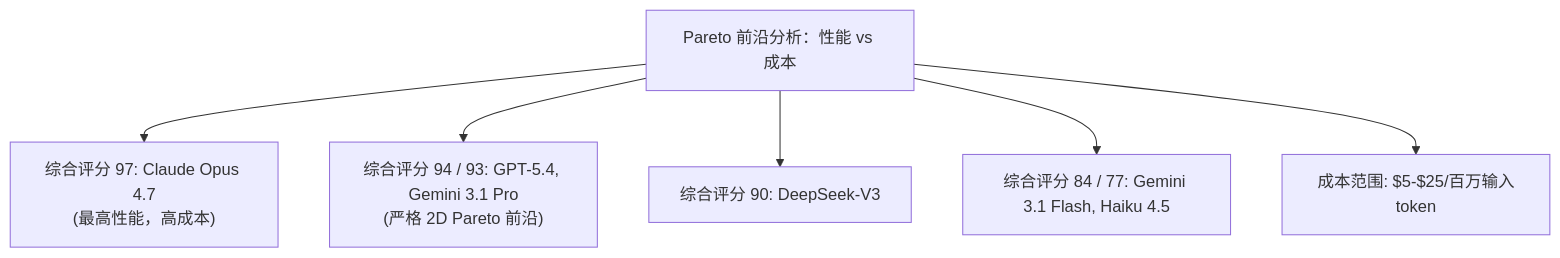
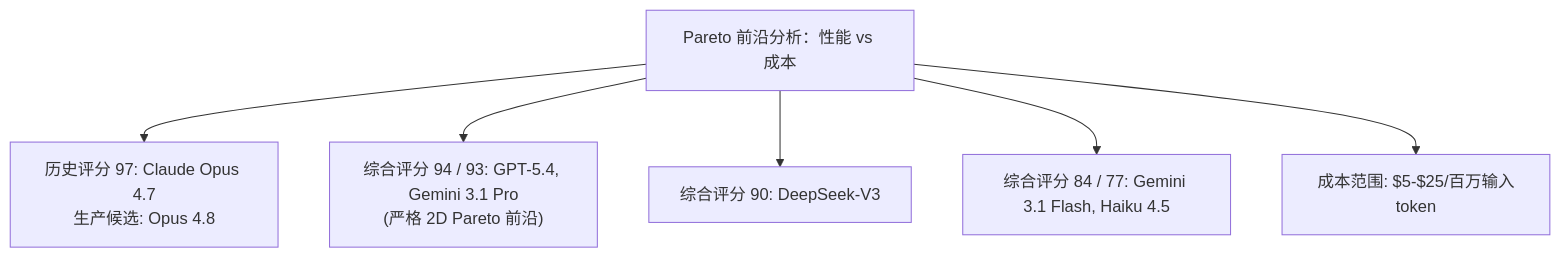
The second of 3 diagrams in 12_appendix/12.6_model_comparison.md (yeasy/claude_guide), drawn with Mermaid before and after one commit. The commit also changed other lines of this file and 44 other files, not shown here.

````diff
--- a/12_appendix/12.6_model_comparison.md
+++ b/12_appendix/12.6_model_comparison.md
@@ -612,15 +612,15 @@
 ```mermaid
 graph TD
     A["Pareto 前沿分析：性能 vs 成本"]
-    B["综合评分 97: Claude Opus 4.7<br/>(最高性能，高成本)"]
+    B["历史评分 97: Claude Opus 4.7<br/>生产候选: Opus 4.8"]
     C["综合评分 94 / 93: GPT-5.4, Gemini 3.1 Pro<br/>(严格 2D Pareto 前沿)"]
     D["综合评分 90: DeepSeek-V3"]
     E["综合评分 84 / 77: Gemini 3.1 Flash, Haiku 4.5"]
     F["成本范围: $5-$25/百万输入token"]
 
     A --> B
     A --> C
     A --> D
     A --> E
     A --> F
 ```
````
